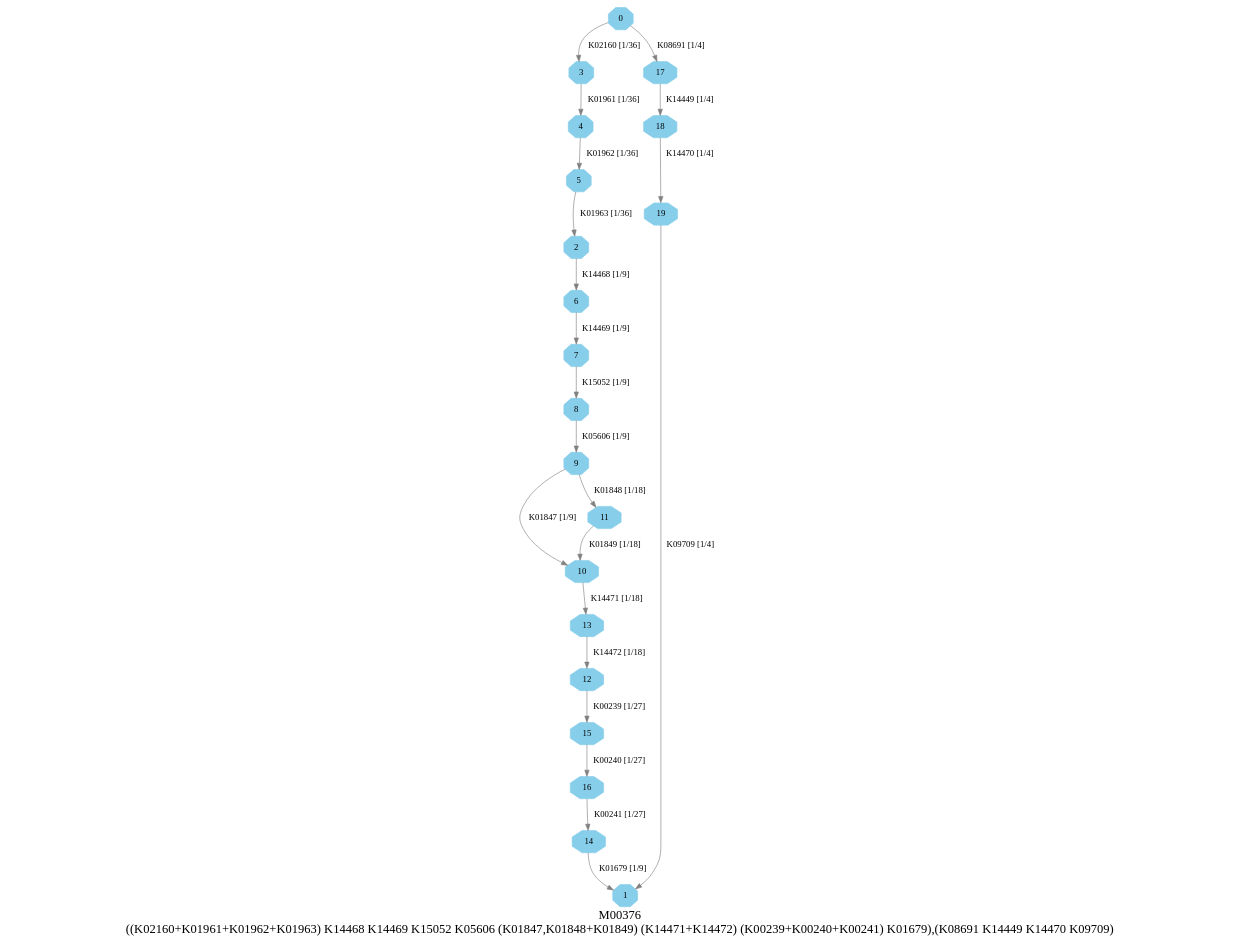
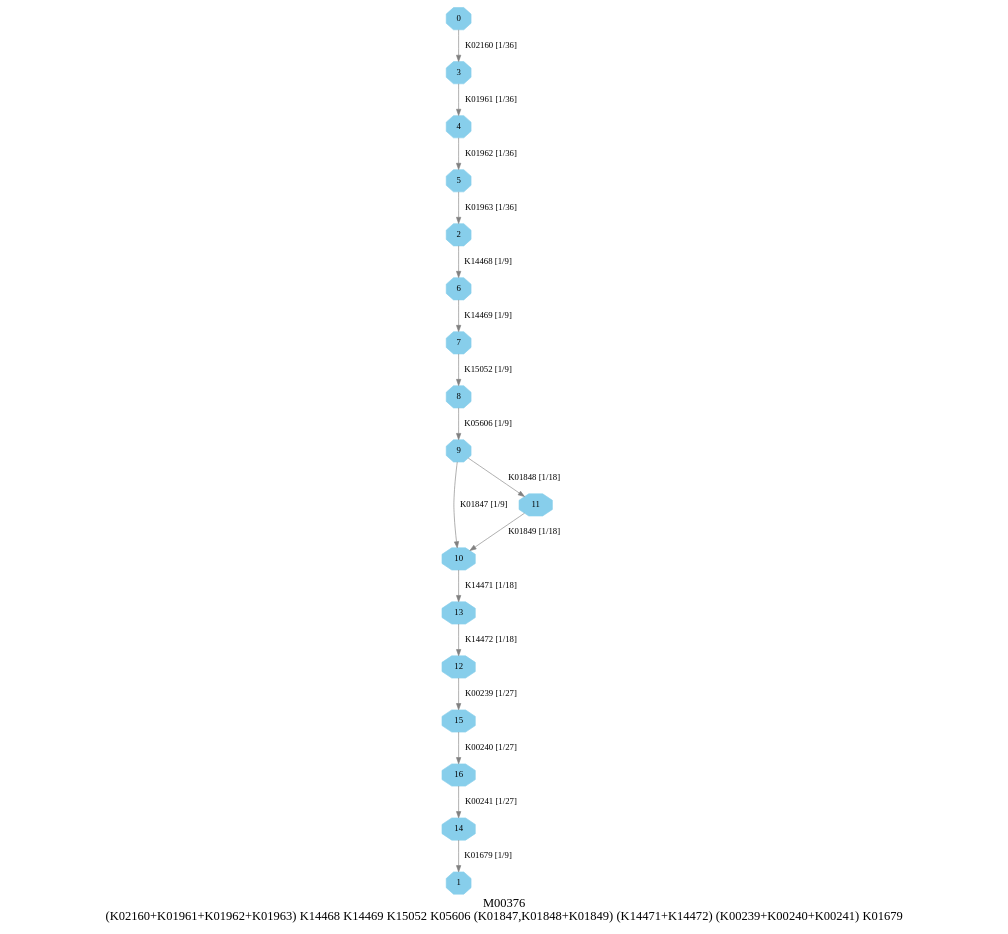
The diagram in graphs/dots/M00376.dot (EBI-Metagenomics/kegg-pathways-completeness-tool), drawn with Graphviz before and after one commit. The commit also changed 654 other files, not shown here.

```diff
--- a/graphs/dots/M00376.dot
+++ b/graphs/dots/M00376.dot
@@ -1,28 +1,24 @@
 digraph G {
 graph [label="M00376
-((K02160+K01961+K01962+K01963) K14468 K14469 K15052 K05606 (K01847,K01848+K01849) (K14471+K14472) (K00239+K00240+K00241) K01679),(K08691 K14449 K14470 K09709)",fontsize=20];
+(K02160+K01961+K01962+K01963) K14468 K14469 K15052 K05606 (K01847,K01848+K01849) (K14471+K14472) (K00239+K00240+K00241) K01679",fontsize=20];
 node [shape=box,style=filled];
 edge [len=3,color=grey];
-{node [width=.3,height=.3,shape=octagon,style=filled,color=skyblue] 0 1 2 3 4 5 6 7 8 9 10 11 12 13 14 15 16 17 18 19 }
+{node [width=.3,height=.3,shape=octagon,style=filled,color=skyblue] 0 1 2 3 4 5 6 7 8 9 10 11 12 13 14 15 16 }
 0 -> 3 [label="K02160 [1/36]"];
-0 -> 17 [label="K08691 [1/4]"];
 2 -> 6 [label="K14468 [1/9]"];
 3 -> 4 [label="K01961 [1/36]"];
 4 -> 5 [label="K01962 [1/36]"];
 5 -> 2 [label="K01963 [1/36]"];
 6 -> 7 [label="K14469 [1/9]"];
 7 -> 8 [label="K15052 [1/9]"];
 8 -> 9 [label="K05606 [1/9]"];
 9 -> 10 [label="K01847 [1/9]"];
 9 -> 11 [label="K01848 [1/18]"];
 10 -> 13 [label="K14471 [1/18]"];
 11 -> 10 [label="K01849 [1/18]"];
 12 -> 15 [label="K00239 [1/27]"];
 13 -> 12 [label="K14472 [1/18]"];
 14 -> 1 [label="K01679 [1/9]"];
 15 -> 16 [label="K00240 [1/27]"];
 16 -> 14 [label="K00241 [1/27]"];
-17 -> 18 [label="K14449 [1/4]"];
-18 -> 19 [label="K14470 [1/4]"];
-19 -> 1 [label="K09709 [1/4]"];
 }
```
